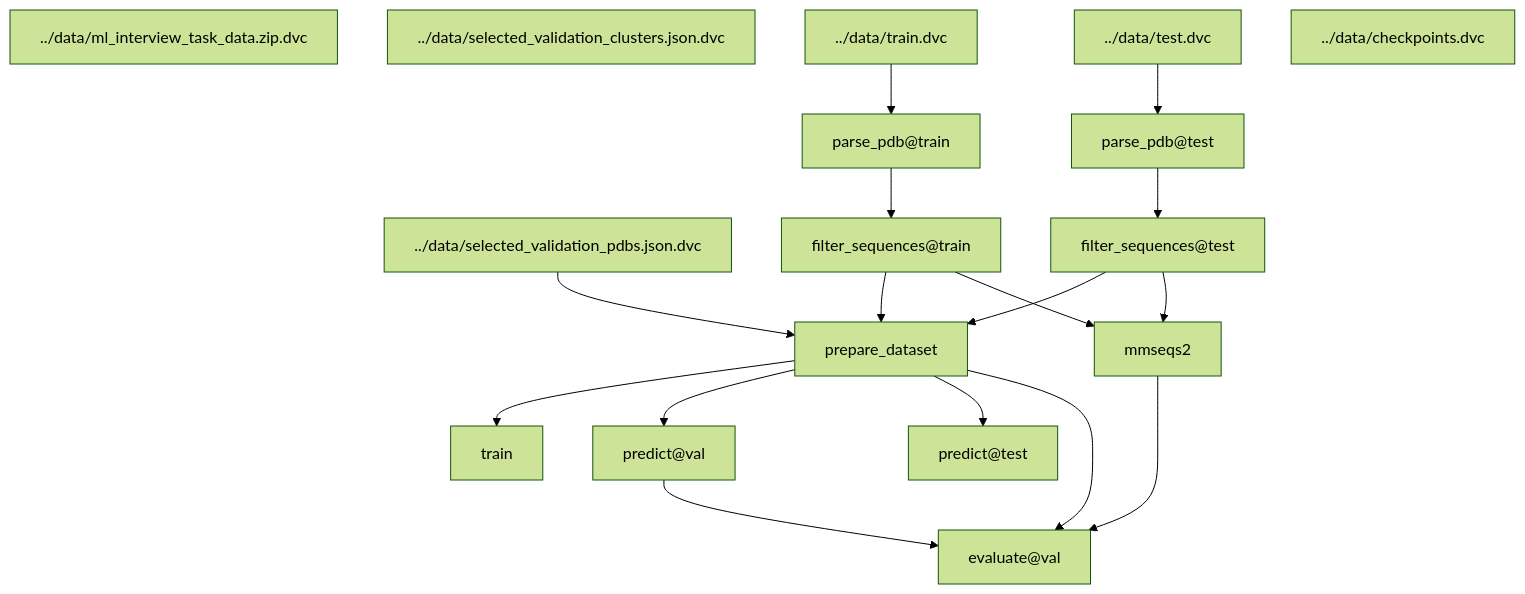
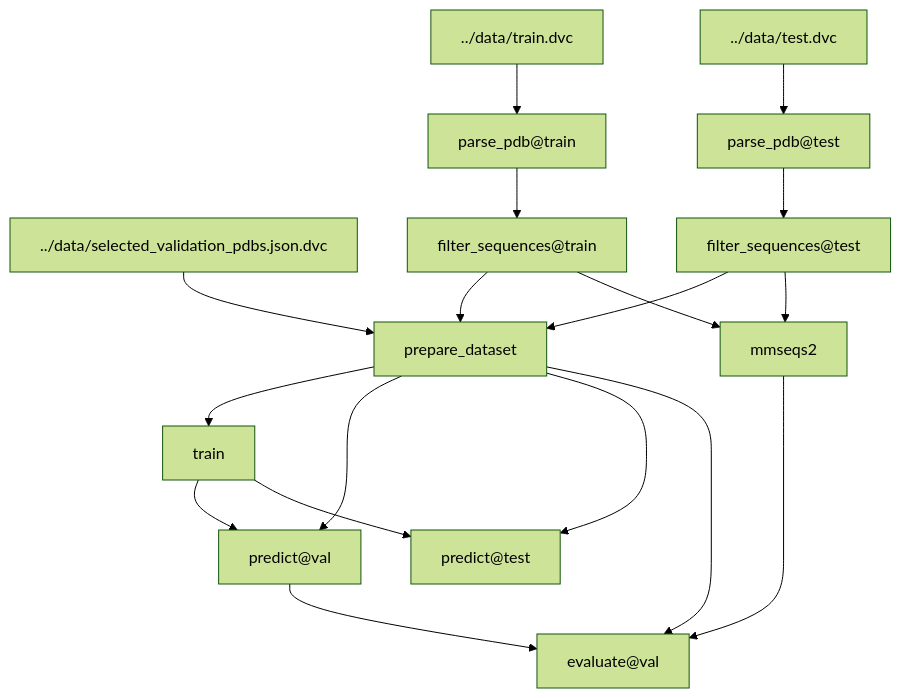
The diagram in README.md (gottalottarock/esm-2-contact-map), drawn with Mermaid (forest theme) before and after one commit.

Commit message:
change dag in readme

````diff
--- a/README.md
+++ b/README.md
@@ -155,34 +155,35 @@
 ```mermaid
+
 flowchart TD
-	node1["../data/ml_interview_task_data.zip.dvc"]
-	node2["../data/selected_validation_clusters.json.dvc"]
 	node3["../data/selected_validation_pdbs.json.dvc"]
 	node4["../data/test.dvc"]
 	node5["../data/train.dvc"]
 	node6["evaluate@val"]
 	node7["filter_sequences@test"]
 	node8["filter_sequences@train"]
 	node9["mmseqs2"]
 	node10["parse_pdb@test"]
 	node11["parse_pdb@train"]
 	node12["predict@test"]
 	node13["predict@val"]
 	node14["prepare_dataset"]
 	node15["train"]
 	node3-->node14
 	node4-->node10
 	node5-->node11
 	node7-->node9
 	node7-->node14
 	node8-->node9
 	node8-->node14
 	node9-->node6
 	node10-->node7
 	node11-->node8
 	node13-->node6
 	node14-->node6
-	node14-->node12
-	node14-->node13
+	node15-->node12
+    node14-->node12
+	node15-->node13
+    node14-->node13
 	node14-->node15
-	node16["../data/checkpoints.dvc"]
+
 ```
````
